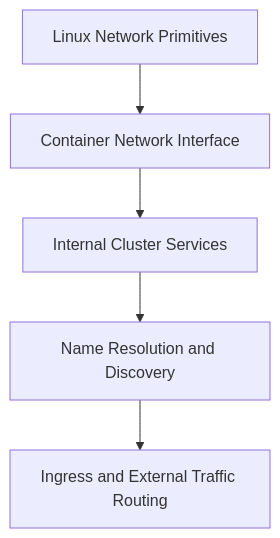
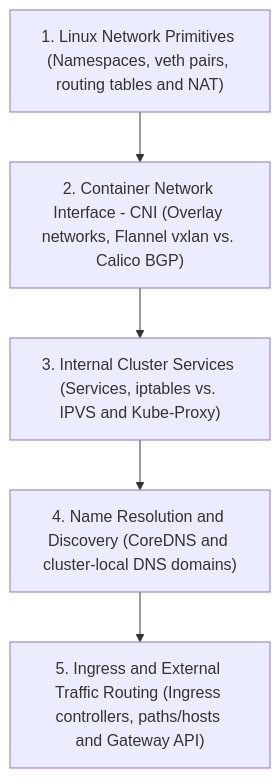
One commit to kmashour/BrainDump changed the first of 5 diagrams in Reference Notes/10_networking_dns_and_ingress.md. Above: the diagram before and after it, drawn with Mermaid. The commit also changed 15 other files, not shown here.

Commit message:
docs: restore detailed informative mermaid diagrams replacing ampersands with 'and'

````diff
--- a/Reference Notes/10_networking_dns_and_ingress.md
+++ b/Reference Notes/10_networking_dns_and_ingress.md
@@ -11,7 +11,7 @@
 ```mermaid
 graph TD
-    A["Linux Network Primitives"] --> B["Container Network Interface"]
-    B --> C["Internal Cluster Services"]
-    C --> D["Name Resolution and Discovery"]
-    D --> E["Ingress and External Traffic Routing"]
+    A["1. Linux Network Primitives (Namespaces, veth pairs, routing tables and NAT)"] --> B["2. Container Network Interface - CNI (Overlay networks, Flannel vxlan vs. Calico BGP)"]
+    B --> C["3. Internal Cluster Services (Services, iptables vs. IPVS and Kube-Proxy)"]
+    C --> D["4. Name Resolution and Discovery (CoreDNS and cluster-local DNS domains)"]
+    D --> E["5. Ingress and External Traffic Routing (Ingress controllers, paths/hosts and Gateway API)"]
 ```
````
